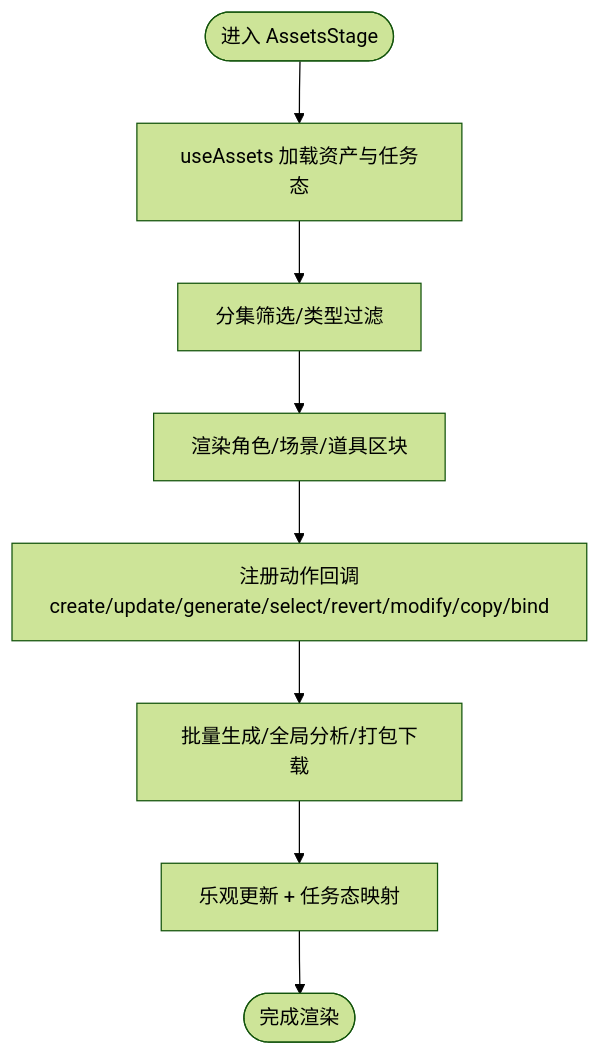
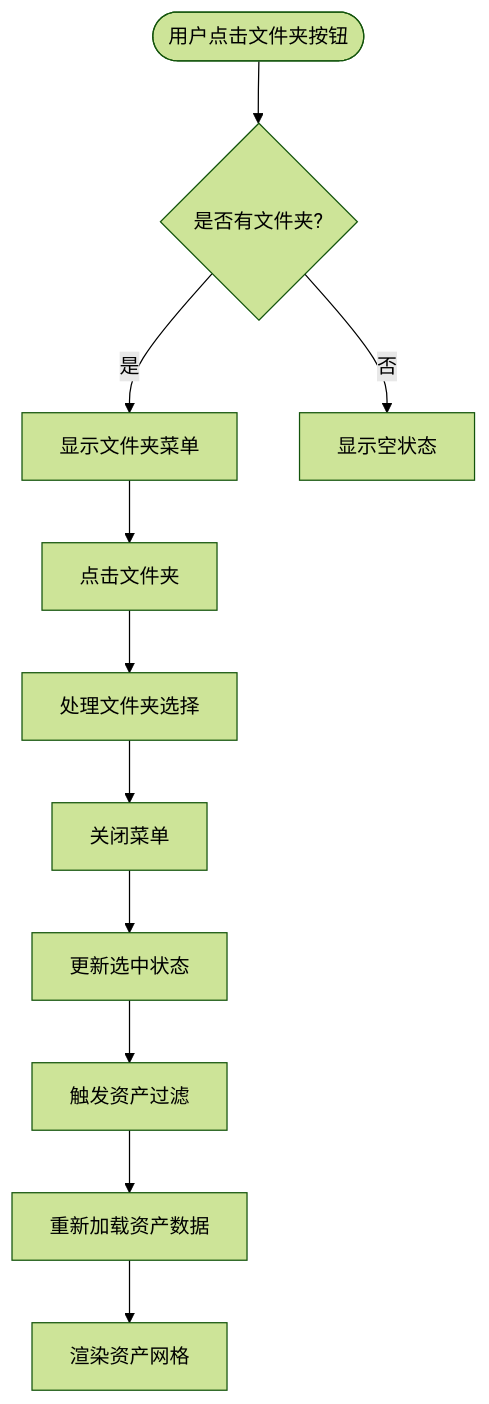
The third of 4 diagrams in .qoder/repowiki/zh/content/前端组件架构/工作区组件/资产管理组件.md (lyl2021/waoowaoo), drawn with Mermaid (forest theme) before and after one commit. The commit also changed other lines of this file and 18 other files, not shown here.

````diff
--- a/.qoder/repowiki/zh/content/前端组件架构/工作区组件/资产管理组件.md
+++ b/.qoder/repowiki/zh/content/前端组件架构/工作区组件/资产管理组件.md
@@ -187,10 +307,13 @@
 ```mermaid
 flowchart TD
-Start(["进入 AssetsStage"]) --> LoadAssets["useAssets 加载资产与任务态"]
-LoadAssets --> Filter["分集筛选/类型过滤"]
-Filter --> RenderSections["渲染角色/场景/道具区块"]
-RenderSections --> Actions["注册动作回调<br/>create/update/generate/select/revert/modify/copy/bind"]
-Actions --> Batch["批量生成/全局分析/打包下载"]
-Batch --> UpdateUI["乐观更新 + 任务态映射"]
-UpdateUI --> End(["完成渲染"])
+Start(["用户点击文件夹按钮"]) --> CheckFolders{"是否有文件夹?"}
+CheckFolders --> |是| ShowMenu["显示文件夹菜单"]
+CheckFolders --> |否| ShowEmpty["显示空状态"]
+ShowMenu --> ClickFolder["点击文件夹"]
+ClickFolder --> HandleSelect["处理文件夹选择"]
+HandleSelect --> CloseMenu["关闭菜单"]
+CloseMenu --> UpdateState["更新选中状态"]
+UpdateState --> TriggerFilter["触发资产过滤"]
+TriggerFilter --> ReloadAssets["重新加载资产数据"]
+ReloadAssets --> RenderGrid["渲染资产网格"]
 ```
````
